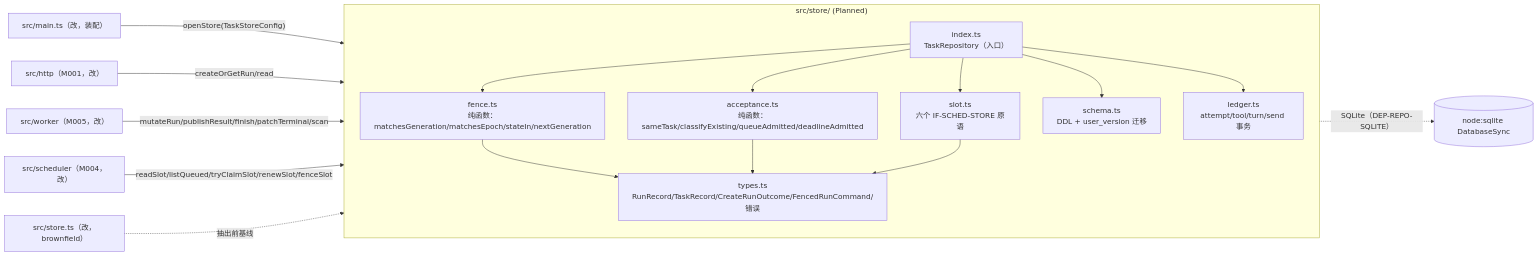
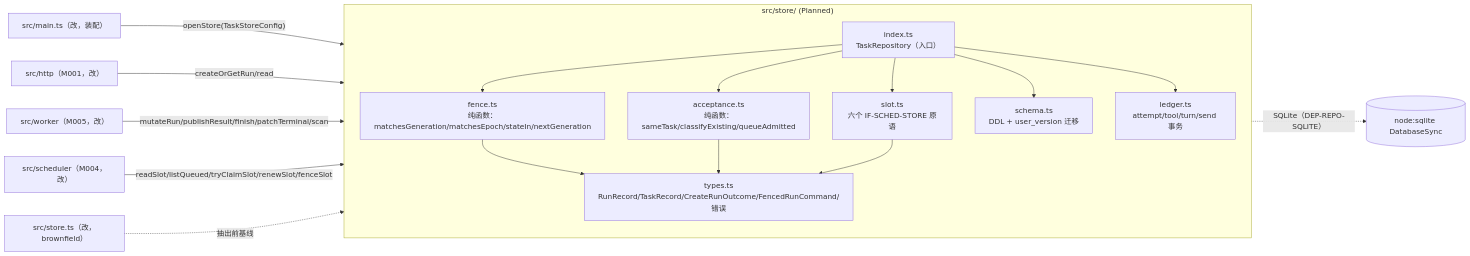
Before and after one commit to corezilla/piko: the first of 2 diagrams in docs/50_implementation_design/piko-task-repository-impl.isd.md, drawn with Mermaid. The commit also changed other lines of this file and 86 other files, not shown here.

````diff
--- a/docs/50_implementation_design/piko-task-repository-impl.isd.md
+++ b/docs/50_implementation_design/piko-task-repository-impl.isd.md
@@ -237,27 +237,27 @@
 ```mermaid
 flowchart LR
     subgraph SRC["src/store/ (Planned)"]
         direction TB
         T["types.ts<br/>RunRecord/TaskRecord/CreateRunOutcome/FencedRunCommand/错误"]
-        A["acceptance.ts<br/>纯函数：sameTask/classifyExisting/queueAdmitted/deadlineAdmitted"]
+        A["acceptance.ts<br/>纯函数：sameTask/classifyExisting/queueAdmitted"]
         F["fence.ts<br/>纯函数：matchesGeneration/matchesEpoch/stateIn/nextGeneration"]
         SL["slot.ts<br/>六个 IF-SCHED-STORE 原语"]
         M["schema.ts<br/>DDL + user_version 迁移"]
         L["ledger.ts<br/>attempt/tool/turn/send 事务"]
         I["index.ts<br/>TaskRepository（入口）"]
         I --> A
         I --> F
         I --> SL
         I --> M
         I --> L
         F --> T
         A --> T
         SL --> T
     end
     C["src/main.ts（改，装配）"] -->|"openStore(TaskStoreConfig)"| I
     API["src/http（M001，改）"] -->|"createOrGetRun/read"| I
     W["src/worker（M005，改）"] -->|"mutateRun/publishResult/finish/patchTerminal/scan"| I
     S["src/scheduler（M004，改）"] -->|"readSlot/listQueued/tryClaimSlot/renewSlot/fenceSlot"| I
     I -. "SQLite（DEP-REPO-SQLITE）" .-> DB[("node:sqlite DatabaseSync")]
     OLD["src/store.ts（改，brownfield）"] -. "抽出前基线" .-> SRC
 ```
````
